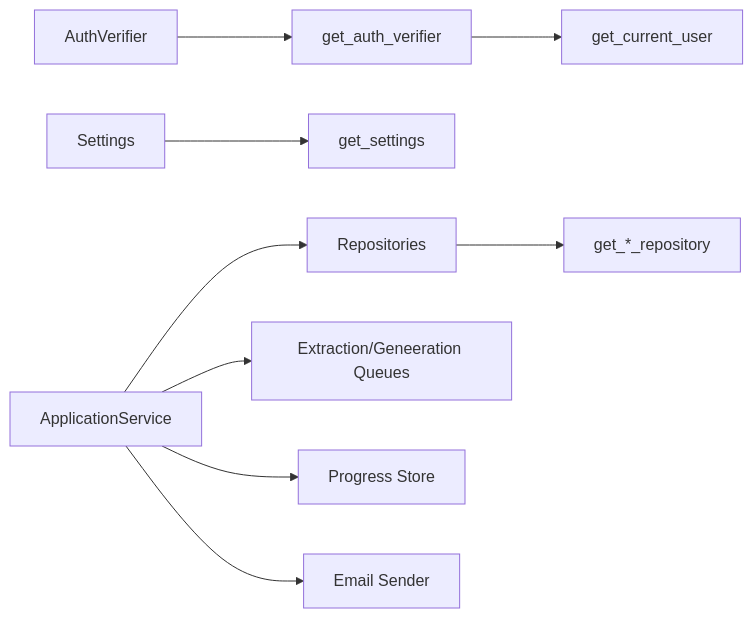
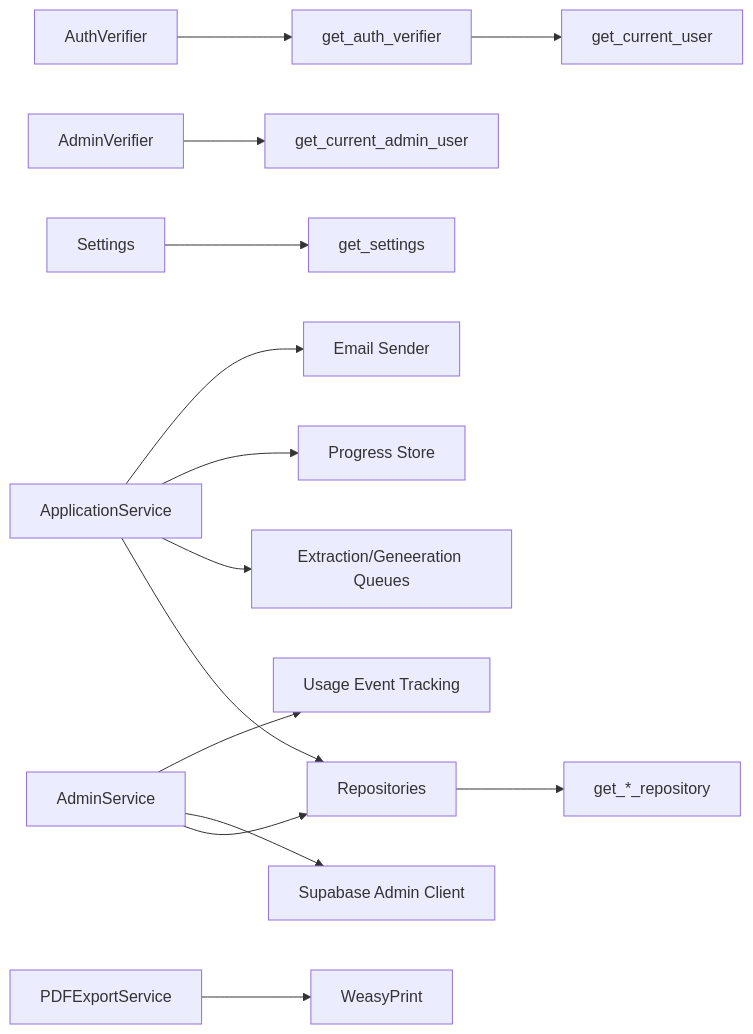
Diagram 14 of 14 in .qoder/repowiki/en/content/Testing Strategy/Backend Testing.md (sankaL/resume-app), drawn with Mermaid before and after one commit. The commit also changed other lines of this file and 11 other files, not shown here.

````diff
--- a/.qoder/repowiki/en/content/Testing Strategy/Backend Testing.md
+++ b/.qoder/repowiki/en/content/Testing Strategy/Backend Testing.md
@@ -350,11 +568,16 @@
 ```mermaid
 graph LR
 A["AuthVerifier"] --> B["get_auth_verifier"]
 B --> C["get_current_user"]
-D["Settings"] --> E["get_settings"]
-F["Repositories"] --> G["get_*_repository"]
-H["ApplicationService"] --> F
-H --> I["Extraction/Geneeration Queues"]
-H --> J["Progress Store"]
-H --> K["Email Sender"]
+D["AdminVerifier"] --> E["get_current_admin_user"]
+F["Settings"] --> G["get_settings"]
+H["Repositories"] --> I["get_*_repository"]
+J["ApplicationService"] --> H
+J --> K["Extraction/Geneeration Queues"]
+J --> L["Progress Store"]
+J --> M["Email Sender"]
+N["AdminService"] --> H
+N --> O["Supabase Admin Client"]
+N --> P["Usage Event Tracking"]
+Q["PDFExportService"] --> R["WeasyPrint"]
 ```
````
